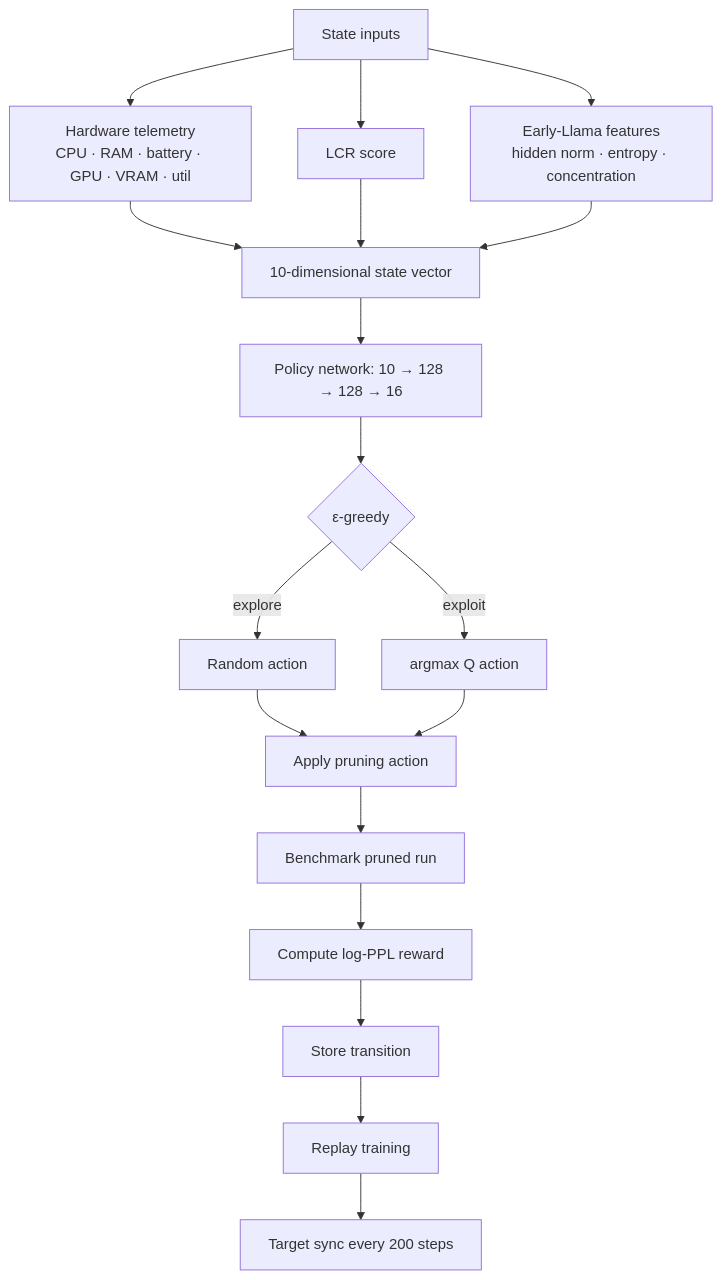
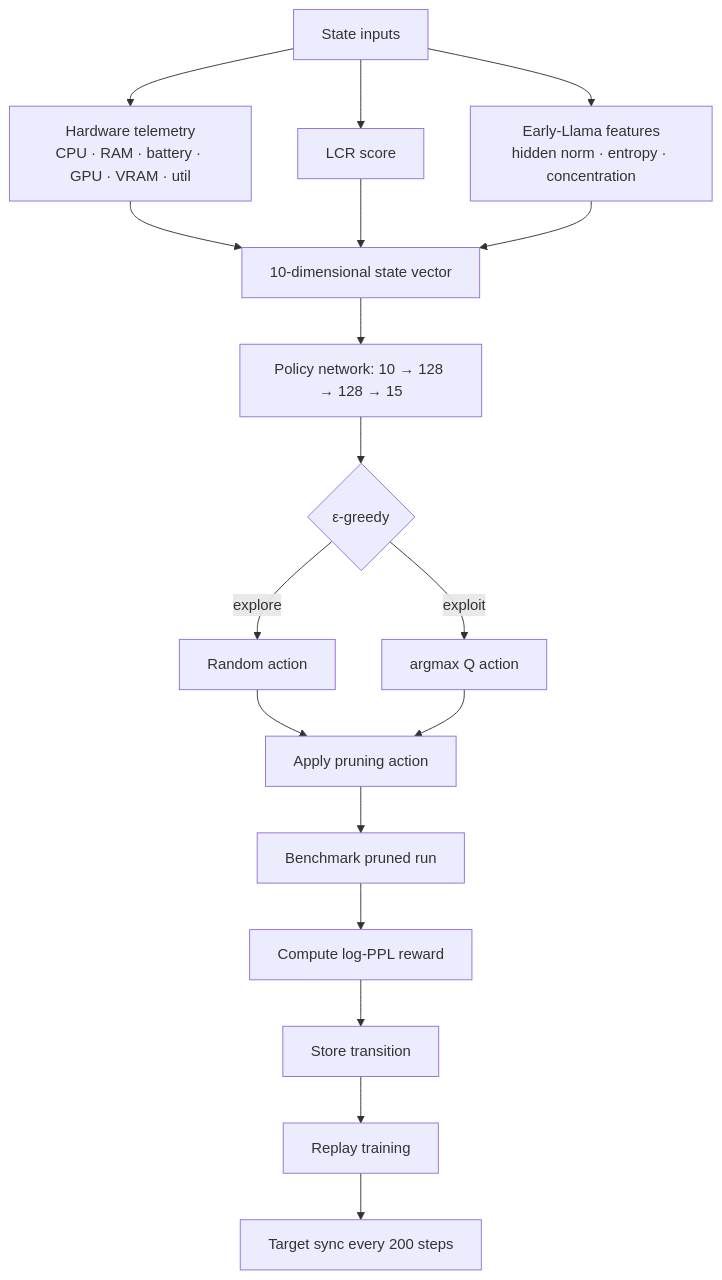
Before and after one commit to asief-iqbal/Thesis: the third of 7 diagrams in README.md, drawn with Mermaid. The commit also changed other lines of this file and 47 other files, not shown here.

````diff
--- a/README.md
+++ b/README.md
@@ -244,20 +244,20 @@
 ```mermaid
 flowchart TD
     A[State inputs] --> B["Hardware telemetry<br/>CPU · RAM · battery · GPU · VRAM · util"]
     A --> C[LCR score]
     A --> D["Early-Llama features<br/>hidden norm · entropy · concentration"]
     B --> E["10-dimensional state vector"]
     C --> E
     D --> E
-    E --> F["Policy network: 10 → 128 → 128 → 16"]
+    E --> F["Policy network: 10 → 128 → 128 → 15"]
     F --> G{ε-greedy}
     G -->|explore| H[Random action]
     G -->|exploit| I[argmax Q action]
     H --> J[Apply pruning action]
     I --> J
     J --> K[Benchmark pruned run]
     K --> L[Compute log-PPL reward]
     L --> M[Store transition]
     M --> N[Replay training]
     N --> O[Target sync every 200 steps]
 ```
````
